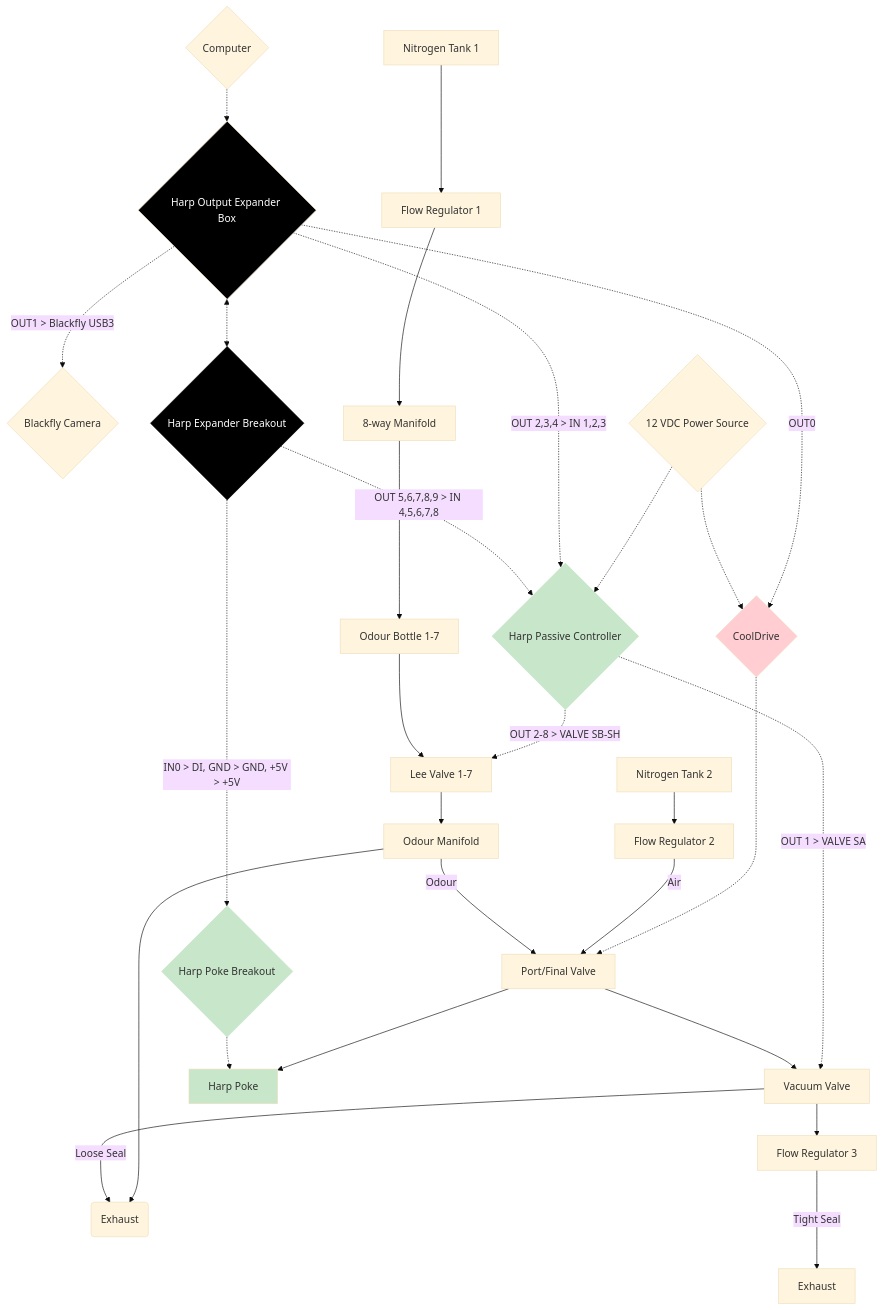
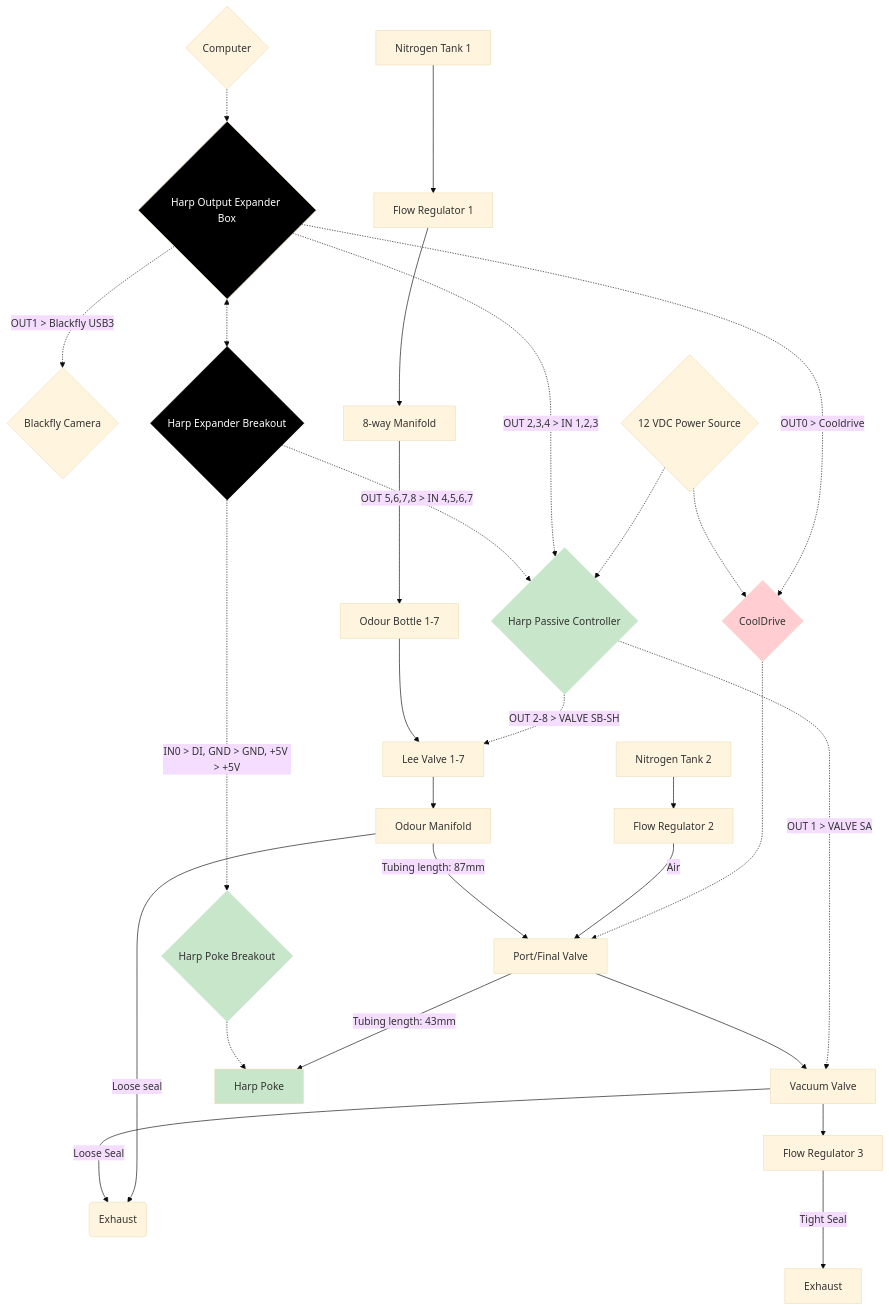
Before and after one commit to goatsofnaxos/Delphi: the second of 2 diagrams in Design and Operations/specs.md, drawn with Mermaid (base theme). The commit also changed other lines of this file, not shown here.

````diff
--- a/Design and Operations/specs.md
+++ b/Design and Operations/specs.md
@@ -204,34 +204,35 @@
 ```mermaid
 flowchart TD
     A["Nitrogen Tank 1"] --> B["Flow Regulator 1"]
     LL["Nitrogen Tank 2"] --> C["Flow Regulator 2"]
     AA{"Computer"} -.-> BB{"Harp Output Expander Box"}
     BB -. OUT1 > Blackfly USB3 .-> CC{"Blackfly Camera"}
-    BB -. OUT0 .-> DD{"CoolDrive"}
+    BB -. OUT0 > Cooldrive .-> DD{"CoolDrive"}
     EE{"12 VDC Power Source"} -.-> Y{"Harp Passive Controller"} & DD
     DD -.-> E["Port/Final Valve"]
     BB -. OUT 2,3,4 > IN 1,2,3 .-> Y
     Y -. OUT 2-8 > VALVE SB-SH .-> Q["Lee Valve 1-7"]
     Y -. OUT 1 > VALVE SA .-> HH["Vacuum Valve"]
     C -- Air --> E
     B --> D["8-way Manifold"]
     D --> F["Odour Bottle 1-7"]
     F --> Q
     Q --> N["Odour Manifold"]
-    N --> O("Exhaust")
-    N -- Odour --> E
-    E --> P["Harp Poke"] & HH
+    N -- Loose seal --> O("Exhaust")
+    N -- Tubing length: 87mm --> E
+    E -- Tubing length: 43mm --> P["Harp Poke"]
+    E --> HH
     HH -- Loose Seal ---> O
     HH --> KK["Flow Regulator 3"]
     KK -- Tight Seal ---> II["Exhaust"]
     FF{"Harp Expander Breakout"} -. IN0 > DI, GND > GND, +5V > +5V .-> GG{"Harp Poke Breakout"}
     GG -.-> P
     BB <-.-> FF
-    FF -. OUT 5,6,7,8,9 > IN 4,5,6,7,8 .-> Y
+    FF -. OUT 5,6,7,8 > IN 4,5,6,7 .-> Y
     style BB fill:#000000,color:#FFFFFF
     style DD fill:#FFCDD2
     style Y stroke:none,fill:#C8E6C9
     style P fill:#C8E6C9
     style FF color:#FFFFFF,fill:#000000,stroke:#000000
     style GG stroke:#C8E6C9,fill:#C8E6C9
 ```
````
